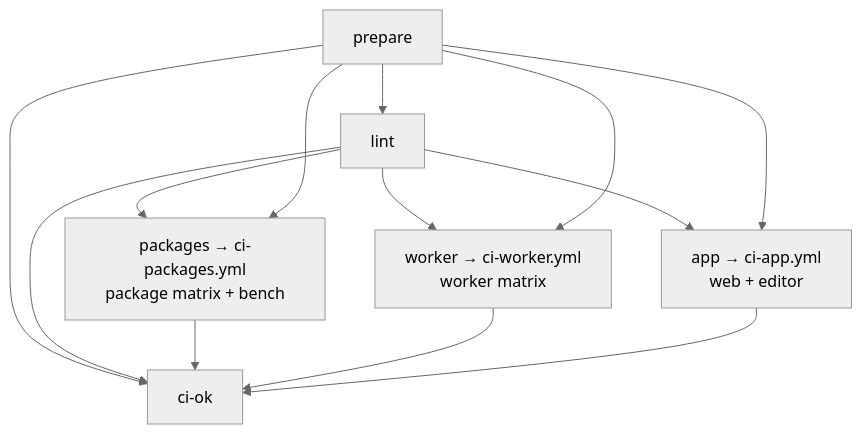
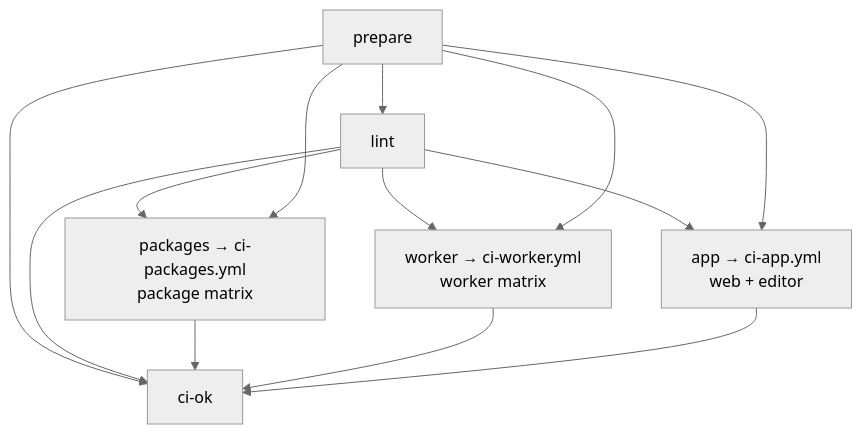
Before and after one commit to soroush-tech/core: the diagram in .github/workflows/ci.md, drawn with Mermaid (neutral theme). The commit also changed other lines of this file and 4 other files, not shown here.

First line of the commit message:
chore(CI): drop the styled-system bench gate that left with the package

````diff
--- a/.github/workflows/ci.md
+++ b/.github/workflows/ci.md
@@ -28,15 +28,15 @@
 ```mermaid
 flowchart TD
     prepare --> lint
-    lint --> packages["packages → ci-packages.yml<br/>package matrix + bench"]
+    lint --> packages["packages → ci-packages.yml<br/>package matrix"]
     lint --> worker["worker → ci-worker.yml<br/>worker matrix"]
     lint --> app["app → ci-app.yml<br/>web + editor"]
     prepare --> packages
     prepare --> worker
     prepare --> app
     prepare --> ciok["ci-ok"]
     lint --> ciok
     packages --> ciok
     worker --> ciok
     app --> ciok
 ```
````
